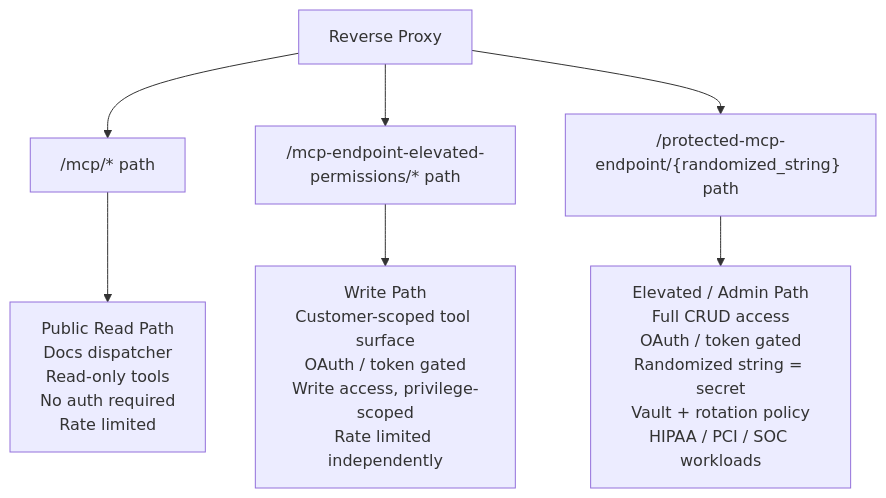
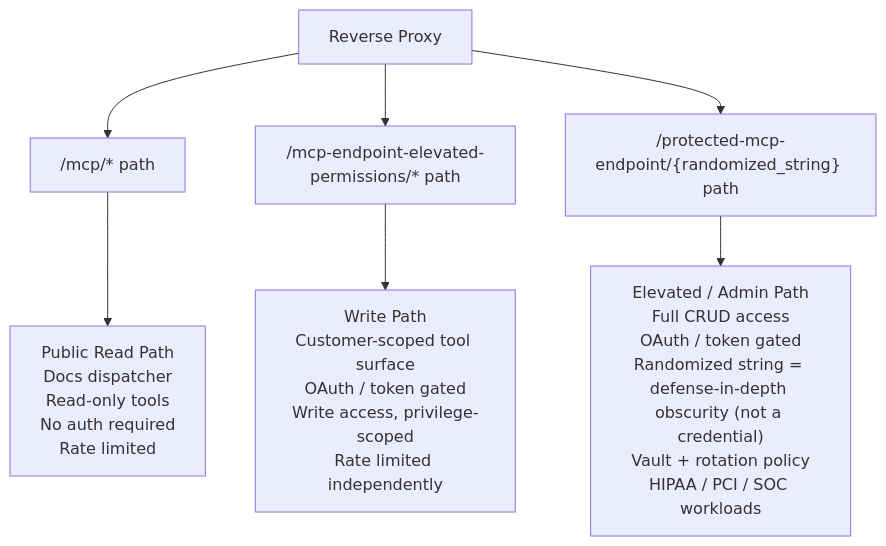
The diagram in docs/v1.0/Security/security.md (Frisian-MCP/frisian-mcp), drawn with Mermaid before and after one commit. The commit also changed other lines of this file and 4 other files, not shown here.

````diff
--- a/docs/v1.0/Security/security.md
+++ b/docs/v1.0/Security/security.md
@@ -89,14 +89,14 @@
 ```mermaid
 graph TD
     RP["Reverse Proxy"]
 
     RP --> MCP["/mcp/* path"]
     RP --> PMCP["/mcp-endpoint-elevated-permissions/* path"]
     RP --> PMCP_RAND["/protected-mcp-endpoint/{randomized_string} path"]
 
     MCP --> PUB["Public Read Path<br/>Docs dispatcher<br/>Read-only tools<br/>No auth required<br/>Rate limited"]
 
     PMCP --> WRITE["Write Path<br/>Customer-scoped tool surface<br/>OAuth / token gated<br/>Write access, privilege-scoped<br/>Rate limited independently"]
 
-    PMCP_RAND --> ADMIN["Elevated / Admin Path<br/>Full CRUD access<br/>OAuth / token gated<br/>Randomized string = secret<br/>Vault + rotation policy<br/>HIPAA / PCI / SOC workloads"]
+    PMCP_RAND --> ADMIN["Elevated / Admin Path<br/>Full CRUD access<br/>OAuth / token gated<br/>Randomized string = defense-in-depth obscurity (not a credential)<br/>Vault + rotation policy<br/>HIPAA / PCI / SOC workloads"]
 ```
````
